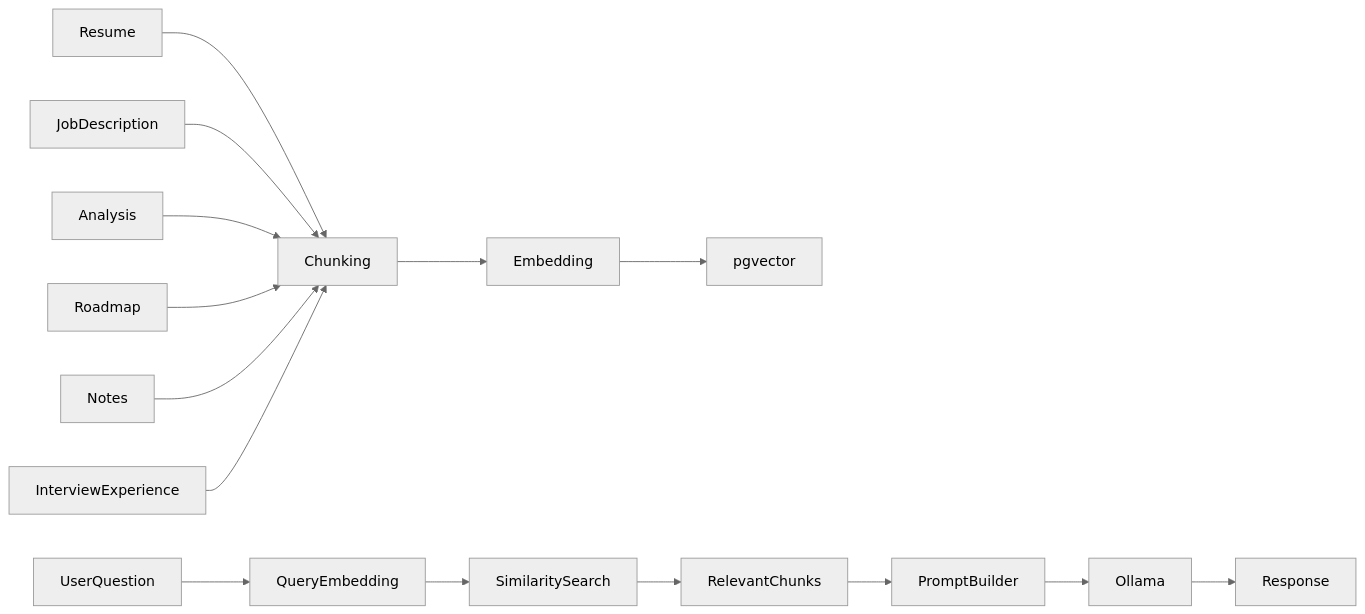
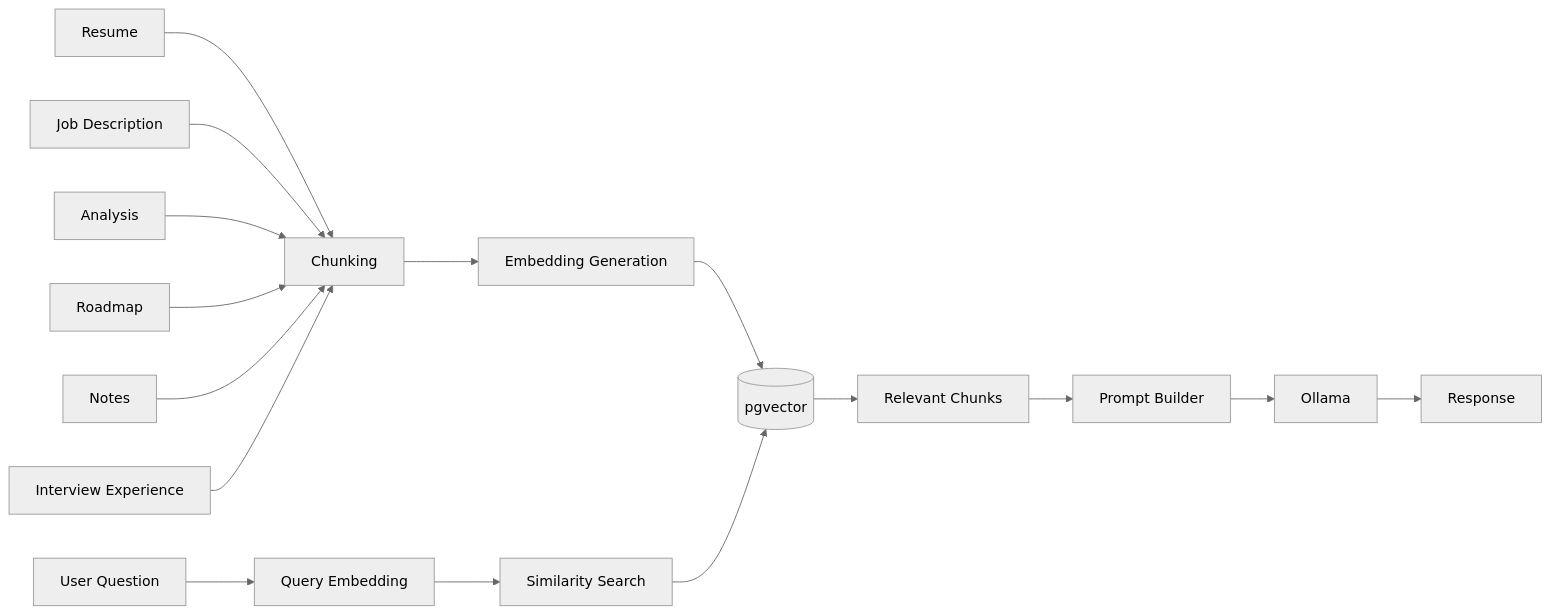
One commit to Vaibhav200303/career-copilot changed the eighth of 11 diagrams in docs/API.md. Above: the diagram before and after it, drawn with Mermaid (neutral theme). The commit also changed other lines of this file, not shown here.

First line of the commit message:
Update mermaid diagrams in API.md

````diff
--- a/docs/API.md
+++ b/docs/API.md
@@ -1534,31 +1516,40 @@
 ```mermaid
 flowchart LR
 
-Resume --> Chunking
+A[Resume]
+B["Job Description"]
+C[Analysis]
+D[Roadmap]
+E[Notes]
+F["Interview Experience"]
 
-JobDescription --> Chunking
+G[Chunking]
+H["Embedding Generation"]
+I[(pgvector)]
 
-Analysis --> Chunking
+J["User Question"]
+K["Query Embedding"]
+L["Similarity Search"]
+M["Relevant Chunks"]
+N["Prompt Builder"]
+O[Ollama]
+P[Response]
 
-Roadmap --> Chunking
+A --> G
+B --> G
+C --> G
+D --> G
+E --> G
+F --> G
 
-Notes --> Chunking
+G --> H
+H --> I
 
-InterviewExperience --> Chunking
-
-Chunking --> Embedding
-
-Embedding --> pgvector
-
-UserQuestion --> QueryEmbedding
-
-QueryEmbedding --> SimilaritySearch
-
-SimilaritySearch --> RelevantChunks
-
-RelevantChunks --> PromptBuilder
-
-PromptBuilder --> Ollama
-
-Ollama --> Response
+J --> K
+K --> L
+L --> I
+I --> M
+M --> N
+N --> O
+O --> P
 ```
````
